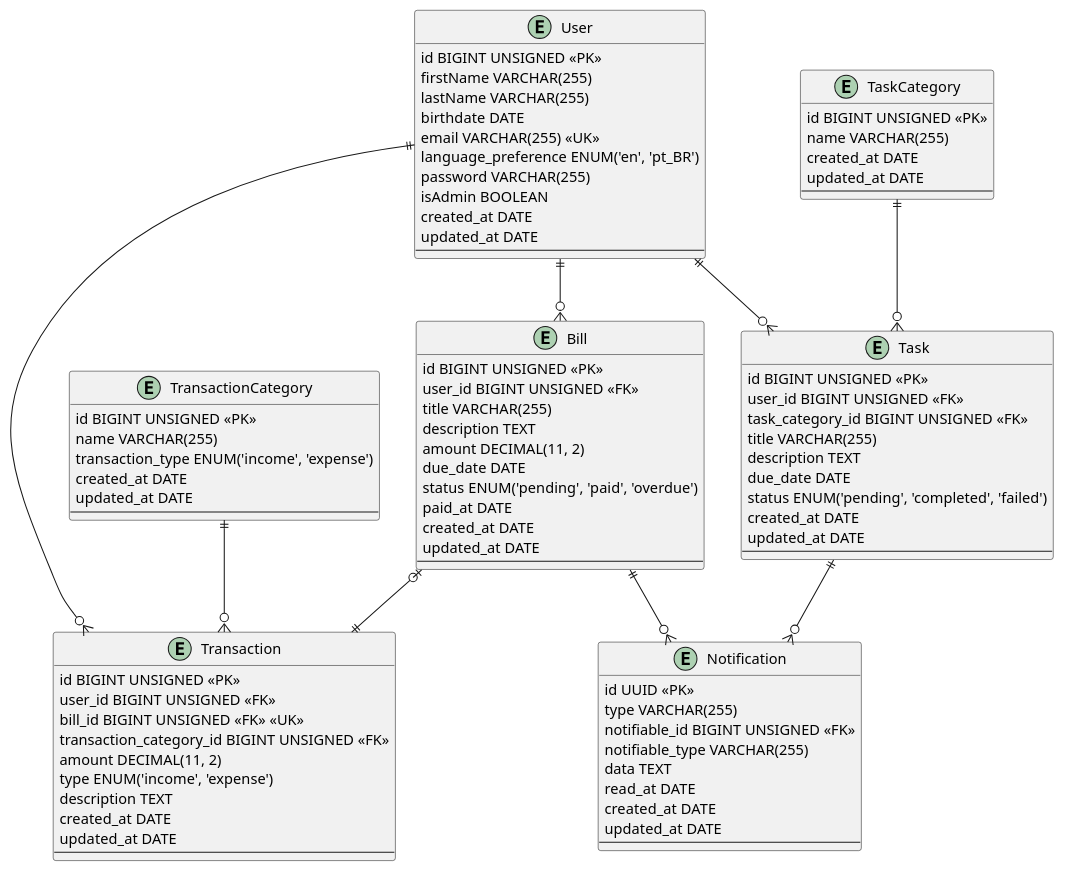
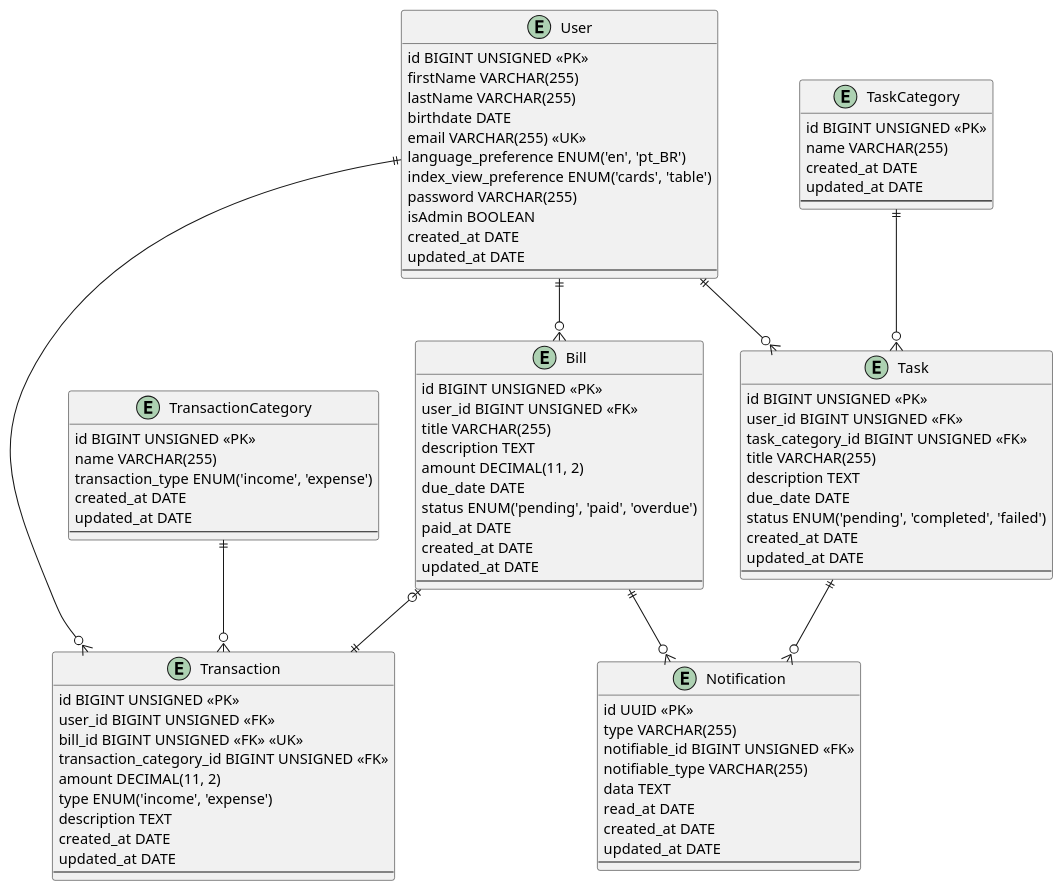
Before and after one commit to augusto-dmh/your-guardian: the diagram in database/design/erd.plantuml, drawn with PlantUML. The commit also changed 5 other files, not shown here.

First line of the commit message:
feat: add 'index_view_preference' column to users

```diff
--- a/database/design/erd.plantuml
+++ b/database/design/erd.plantuml
@@ -1,96 +1,97 @@
 @startuml erd
 
 entity User {
     id BIGINT UNSIGNED <<PK>>
     firstName VARCHAR(255)
     lastName VARCHAR(255)
     birthdate DATE
     email VARCHAR(255) <<UK>>
     language_preference ENUM('en', 'pt_BR')
+    index_view_preference ENUM('cards', 'table')
     password VARCHAR(255)
     isAdmin BOOLEAN
     created_at DATE
     updated_at DATE
     --
 }
 
 entity Transaction {
     id BIGINT UNSIGNED <<PK>>
     user_id BIGINT UNSIGNED <<FK>>
     bill_id BIGINT UNSIGNED <<FK>> <<UK>>
     transaction_category_id BIGINT UNSIGNED <<FK>>
     amount DECIMAL(11, 2)
     type ENUM('income', 'expense')
     description TEXT
     created_at DATE
     updated_at DATE
     --
 }
 
 entity Bill {
     id BIGINT UNSIGNED <<PK>>
     user_id BIGINT UNSIGNED <<FK>>
     title VARCHAR(255)
     description TEXT
     amount DECIMAL(11, 2)
     due_date DATE
     status ENUM('pending', 'paid', 'overdue')
     paid_at DATE
     created_at DATE
     updated_at DATE
     --
 }
 
 entity Notification {
     id UUID <<PK>>
     type VARCHAR(255)
     notifiable_id BIGINT UNSIGNED <<FK>>
     notifiable_type VARCHAR(255)
     data TEXT
     read_at DATE
     created_at DATE
     updated_at DATE
     --
 }
 
 entity Task {
     id BIGINT UNSIGNED <<PK>>
     user_id BIGINT UNSIGNED <<FK>>
     task_category_id BIGINT UNSIGNED <<FK>>
     title VARCHAR(255)
     description TEXT
     due_date DATE
     status ENUM('pending', 'completed', 'failed')
     created_at DATE
     updated_at DATE
     --
 }
 
 entity TransactionCategory {
     id BIGINT UNSIGNED <<PK>>
     name VARCHAR(255)
     transaction_type ENUM('income', 'expense')
     created_at DATE
     updated_at DATE
     --
 }
 
 entity TaskCategory {
     id BIGINT UNSIGNED <<PK>>
     name VARCHAR(255)
     created_at DATE
     updated_at DATE
     --
 }
 
 
 User ||--o{ Transaction
 User ||--o{ Bill
 Bill ||--o{ Notification
 Task ||--o{ Notification
 User ||--o{ Task
 TaskCategory ||--o{ Task
 TransactionCategory ||--o{ Transaction
 Bill |o--|| Transaction
 
 @enduml
```
